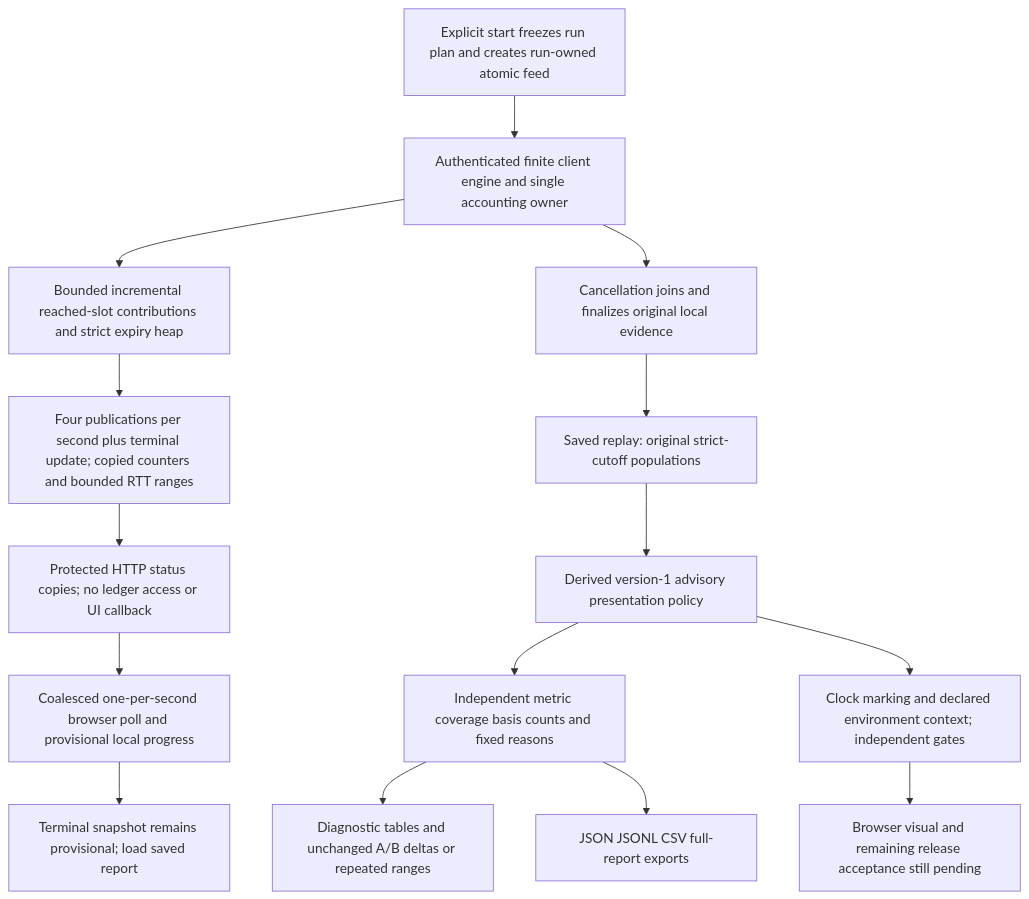
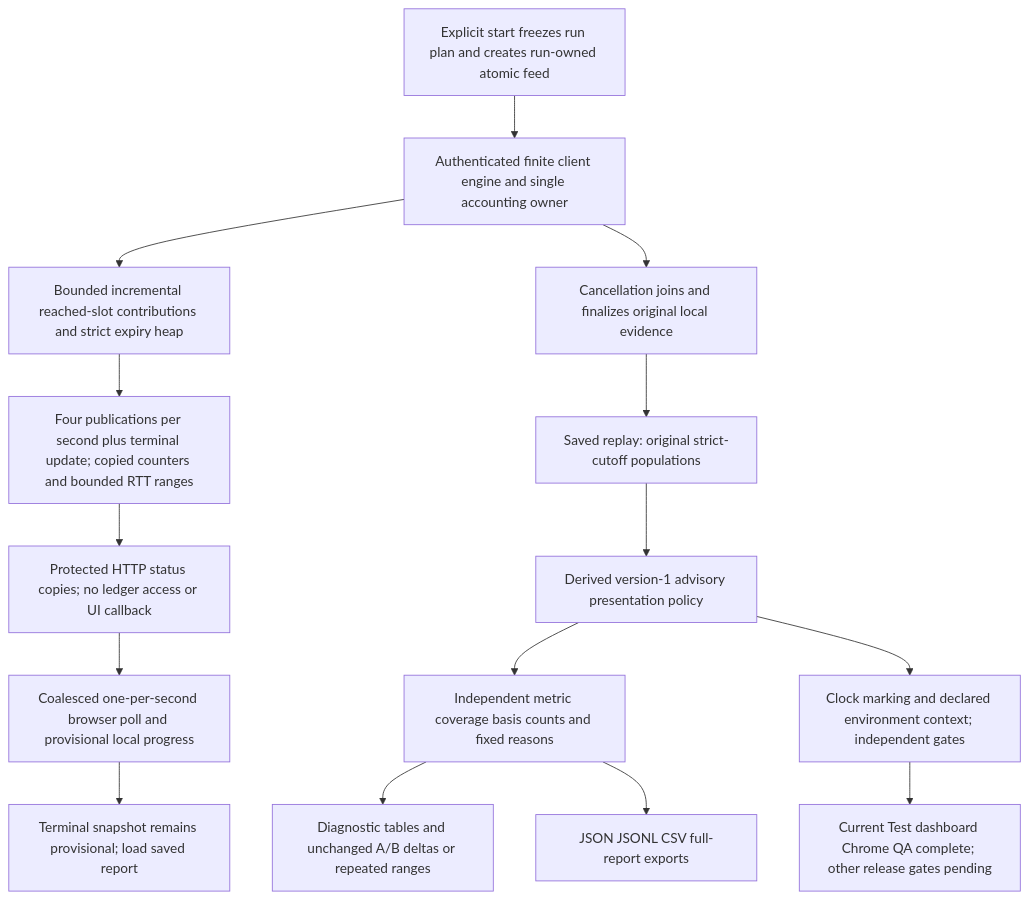
One commit to rashidbestry/sneaky-port changed diagram 23 of 29 in FLOWCHART.md. Above: the diagram before and after it, drawn with Mermaid. The commit also changed other lines of this file and 4 other files, not shown here.

````diff
--- a/FLOWCHART.md
+++ b/FLOWCHART.md
@@ -595,17 +595,17 @@
 ```mermaid
 flowchart TD
     A[Saved replay: original strict-cutoff populations] --> B[Derived version-1 advisory presentation policy]
     B --> C[Independent metric coverage basis counts and fixed reasons]
     C --> D[Diagnostic tables and unchanged A/B deltas or repeated ranges]
     C --> E[JSON JSONL CSV full-report exports]
     B --> F[Clock marking and declared environment context; independent gates]
     G[Explicit start freezes run plan and creates run-owned atomic feed] --> H[Authenticated finite client engine and single accounting owner]
     H --> I[Bounded incremental reached-slot contributions and strict expiry heap]
     I --> J[Four publications per second plus terminal update; copied counters and bounded RTT ranges]
     J --> K[Protected HTTP status copies; no ledger access or UI callback]
     K --> L[Coalesced one-per-second browser poll and provisional local progress]
     H --> M[Cancellation joins and finalizes original local evidence]
     M --> A
     L --> N[Terminal snapshot remains provisional; load saved report]
-    F --> O[Browser visual and remaining release acceptance still pending]
+    F --> O[Current Test dashboard Chrome QA complete; other release gates pending]
 ```
````
